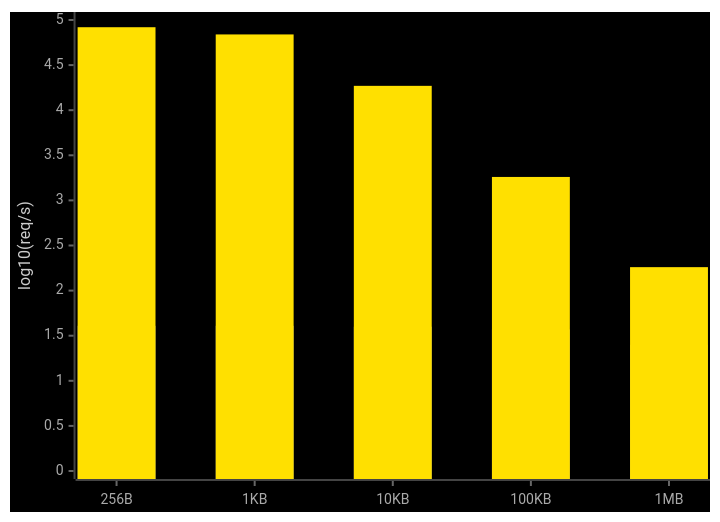
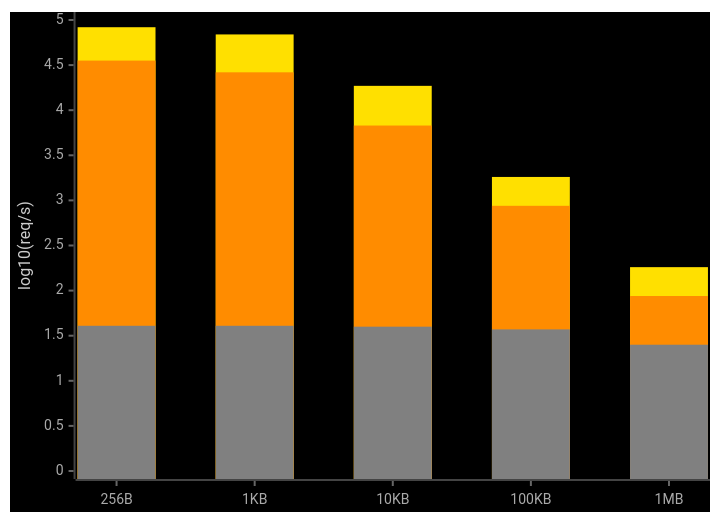
The second of 2 diagrams in README.md (inference-labs-inc/lightning), drawn with Mermaid before and after one commit. The commit also changed other lines of this file, not shown here.

Commit message:
Restore three-series charts with front-to-back ordering for bar visibility

````diff
--- a/README.md
+++ b/README.md
@@ -105,25 +107,26 @@
 ```mermaid
 ---
 config:
     xyChart:
         plotReservedSpacePercent: 60
     themeVariables:
         xyChart:
             backgroundColor: "#000000"
-            plotColorPalette: "#808080, #FFE000"
+            plotColorPalette: "#FFE000, #FF8C00, #808080"
             titleColor: "#ffffff"
             xAxisLabelColor: "#aaaaaa"
             xAxisTitleColor: "#cccccc"
             xAxisTickColor: "#666666"
             xAxisLineColor: "#444444"
             yAxisLabelColor: "#aaaaaa"
             yAxisTitleColor: "#cccccc"
             yAxisTickColor: "#666666"
             yAxisLineColor: "#444444"
 ---
 xychart-beta
     x-axis ["256B", "1KB", "10KB", "100KB", "1MB"]
     y-axis "log10(req/s)" 0 --> 5
+    bar "lightning (Rust)" [4.92, 4.84, 4.27, 3.26, 2.26]
+    bar "lightning (Python)" [4.55, 4.42, 3.83, 2.94, 1.94]
     bar "bittensor" [1.61, 1.61, 1.60, 1.57, 1.40]
-    bar "lightning" [4.92, 4.84, 4.27, 3.26, 2.26]
 ```
````
